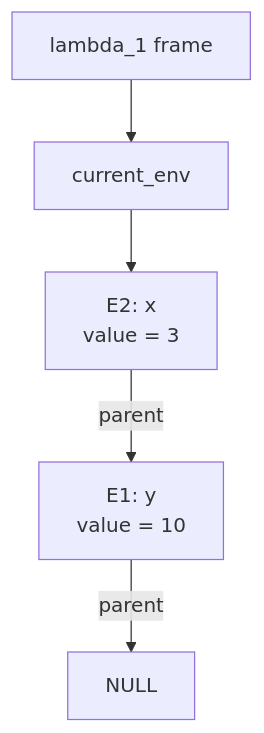
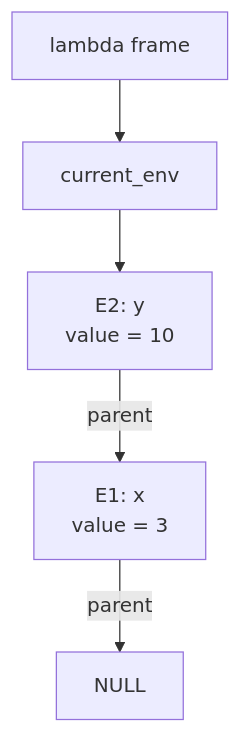
One commit to yuuki14202028/lambda changed the diagram in README.md. Above: the diagram before and after it, drawn with Mermaid. The commit also changed other lines of this file, not shown here.

````diff
--- a/README.md
+++ b/README.md
@@ -53,13 +116,13 @@
 ```mermaid
 flowchart TD
-    L["lambda_1 frame"]
+    L["lambda frame"]
     CE["current_env"]
-    E2["E2: x<br/>value = 3"]
-    E1["E1: y<br/>value = 10"]
+    E2["E2: y<br/>value = 10"]
+    E1["E1: x<br/>value = 3"]
     N["NULL"]
 
     L --> CE
     CE --> E2
     E2 -->|parent| E1
     E1 -->|parent| N
 ```
````
